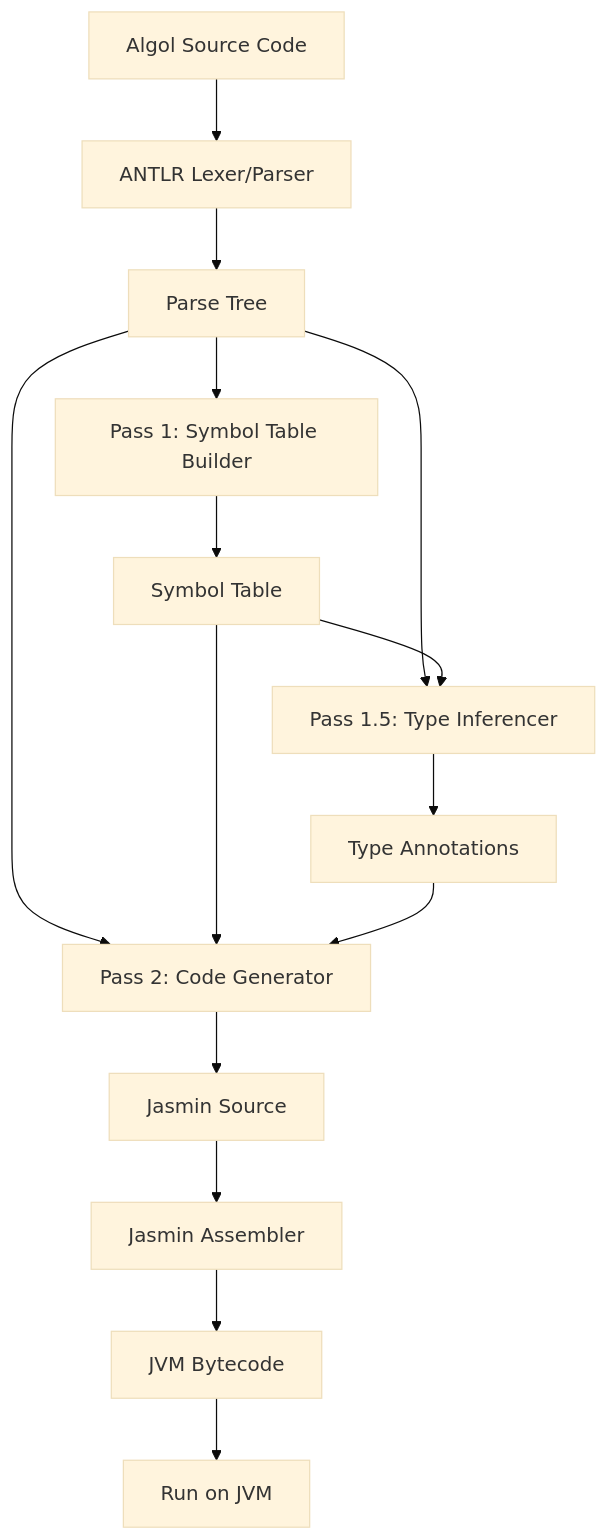
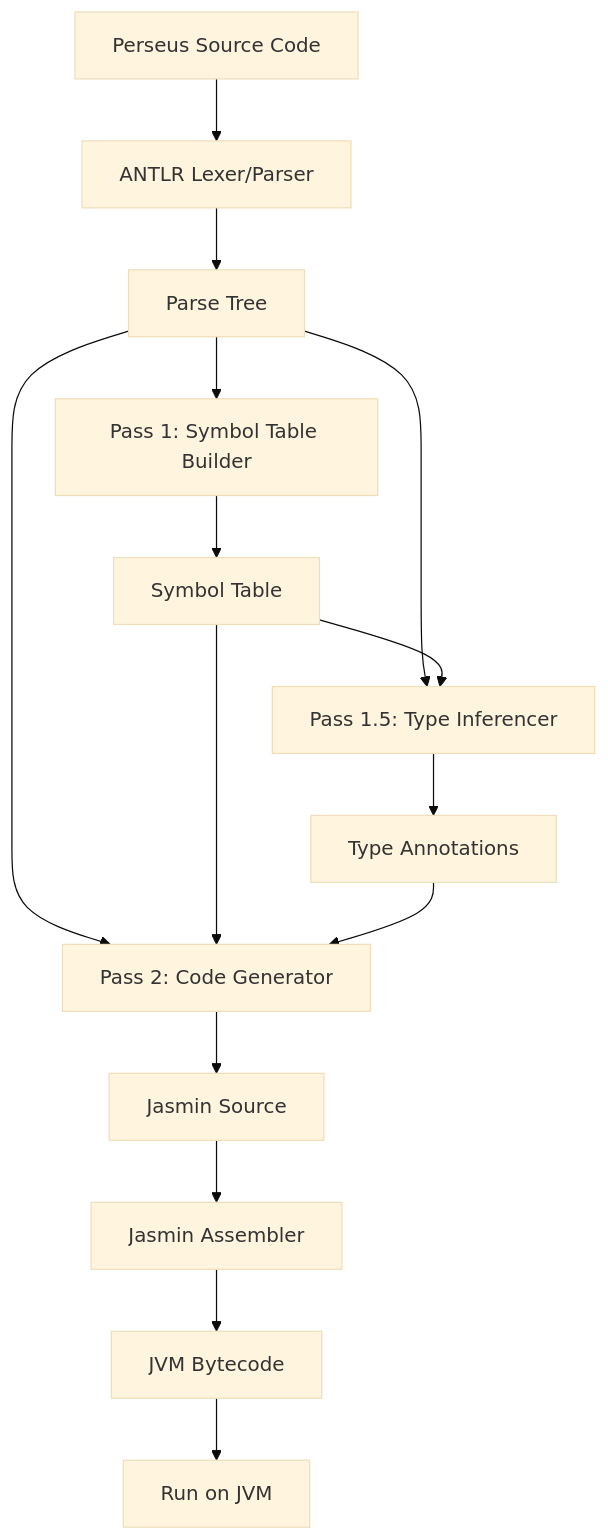
Before and after one commit to gnbonney/Perseus: the first of 3 diagrams in docs/Architecture.md, drawn with Mermaid (base theme). The commit also changed other lines of this file and 32 other files, not shown here.

````diff
--- a/docs/Architecture.md
+++ b/docs/Architecture.md
@@ -19,17 +55,17 @@
 ```mermaid
 flowchart TD
-    A[Algol Source Code] --> B[ANTLR Lexer/Parser]
+    A[Perseus Source Code] --> B[ANTLR Lexer/Parser]
     B --> C[Parse Tree]
     C --> D[Pass 1: Symbol Table Builder]
     D --> E[Symbol Table]
     C --> F[Pass 1.5: Type Inferencer]
     E --> F
     F --> G[Type Annotations]
     C --> H[Pass 2: Code Generator]
     E --> H
     G --> H
     H --> I[Jasmin Source]
     I --> J[Jasmin Assembler]
     J --> K[JVM Bytecode]
     K --> L[Run on JVM]
 ```
````
